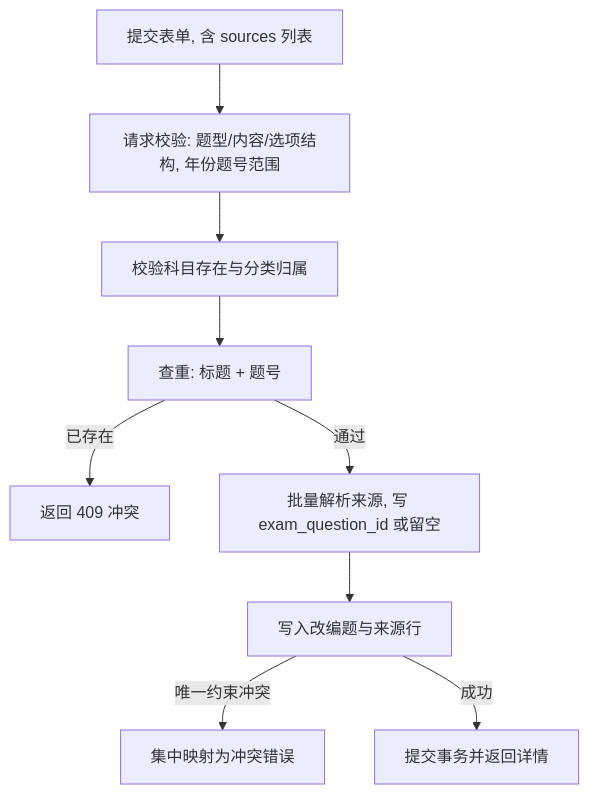
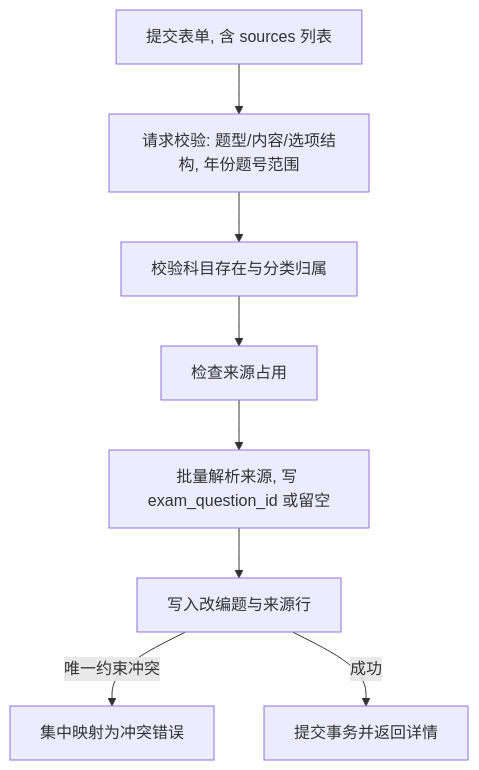
One commit to ddll8023/408web changed the third of 5 diagrams in doc/模块/真题改编模块开发设计.md. Above: the diagram before and after it, drawn with Mermaid. The commit also changed other lines of this file and 24 other files, not shown here.

````diff
--- a/doc/模块/真题改编模块开发设计.md
+++ b/doc/模块/真题改编模块开发设计.md
@@ -195,11 +194,10 @@
 ```mermaid
 flowchart TD
     A[提交表单, 含 sources 列表] --> B[请求校验: 题型/内容/选项结构, 年份题号范围]
     B --> C[校验科目存在与分类归属]
-    C --> D[查重: 标题 + 题号]
-    D -->|已存在| E[返回 409 冲突]
-    D -->|通过| F[批量解析来源, 写 exam_question_id 或留空]
-    F --> G[写入改编题与来源行]
-    G -->|唯一约束冲突| H[集中映射为冲突错误]
-    G -->|成功| I[提交事务并返回详情]
+    C --> D[检查来源占用]
+    D --> E[批量解析来源, 写 exam_question_id 或留空]
+    E --> F[写入改编题与来源行]
+    F -->|唯一约束冲突| G[集中映射为冲突错误]
+    F -->|成功| H[提交事务并返回详情]
 ```
````
